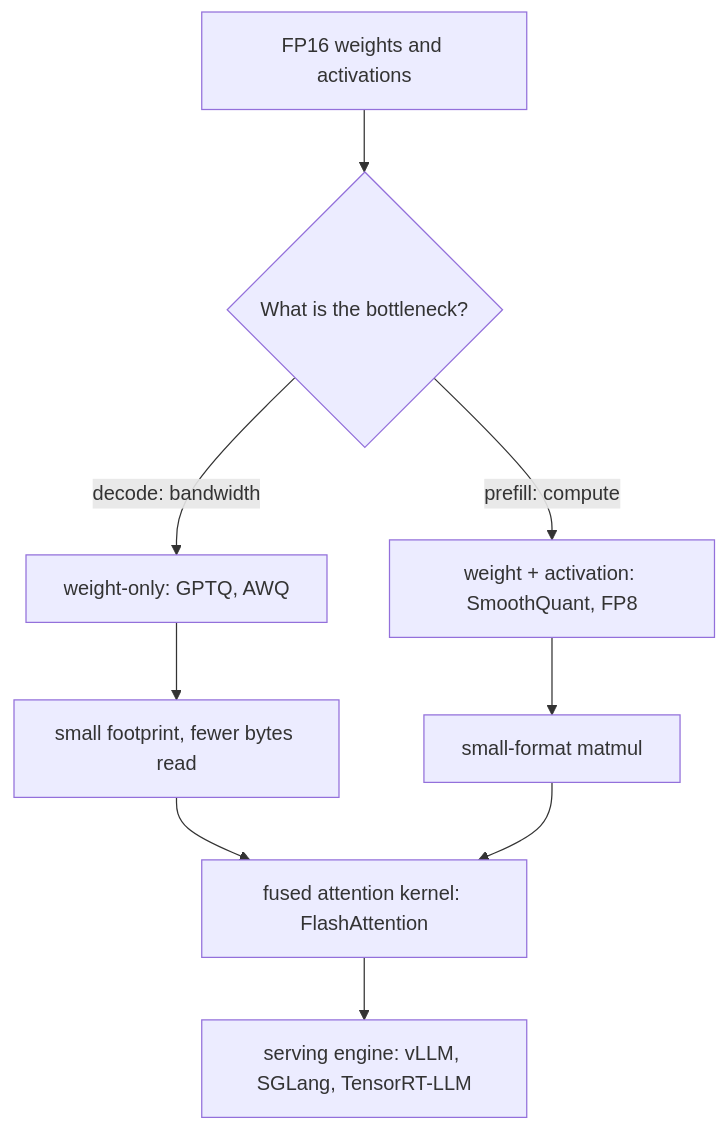
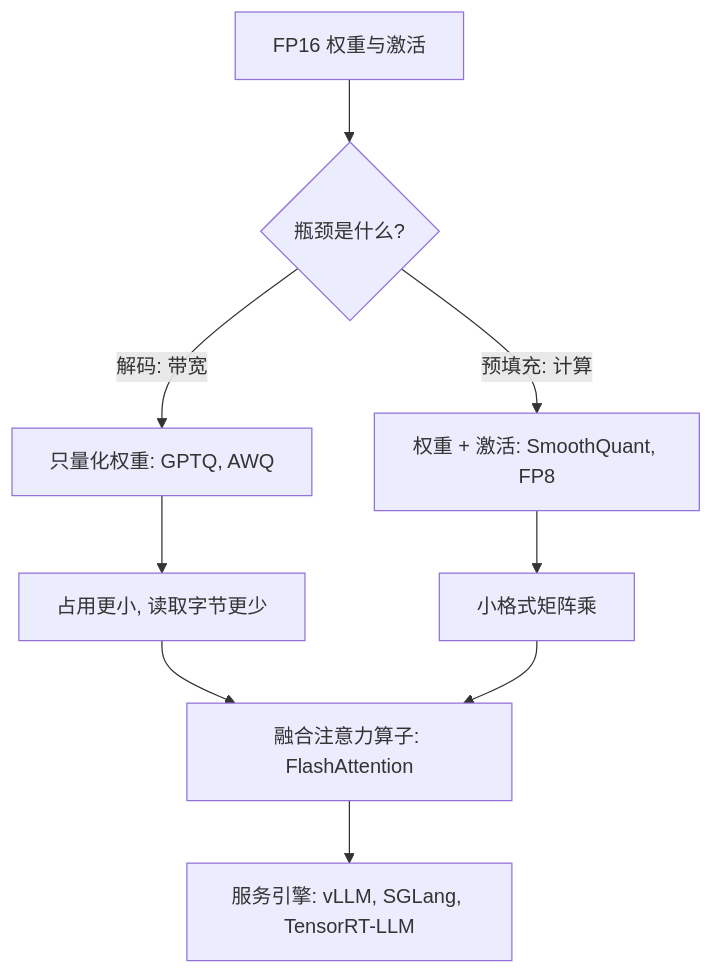
The second of 2 diagrams in zh/p4-inference/19-quantization-kernels.qmd (latere-ai/ai-as-an-infrastructure), drawn with Mermaid before and after one commit. The commit also changed other lines of this file and 73 other files, not shown here.

First line of the commit message:
book: add concept diagrams across all chapters, bilingual

````diff
--- a/zh/p4-inference/19-quantization-kernels.qmd
+++ b/zh/p4-inference/19-quantization-kernels.qmd
@@ -86,11 +111,13 @@
 ```{mermaid}
+%%| label: fig-quantization-kernels-routing
+%%| fig-cap: "服务情形为量化选择做路由，一个融合注意力算子位于两条路径之下，然后才抵达引擎。"
 flowchart TD
-  A["FP16 weights and activations"] --> B{"What is the bottleneck?"}
-  B -->|"decode: bandwidth"| C["weight-only: GPTQ, AWQ"]
-  B -->|"prefill: compute"| D["weight + activation: SmoothQuant, FP8"]
-  C --> E["small footprint, fewer bytes read"]
-  D --> F["small-format matmul"]
-  E --> G["fused attention kernel: FlashAttention"]
+  A["FP16 权重与激活"] --> B{"瓶颈是什么?"}
+  B -->|"解码: 带宽"| C["只量化权重: GPTQ, AWQ"]
+  B -->|"预填充: 计算"| D["权重 + 激活: SmoothQuant, FP8"]
+  C --> E["占用更小, 读取字节更少"]
+  D --> F["小格式矩阵乘"]
+  E --> G["融合注意力算子: FlashAttention"]
   F --> G
-  G --> H["serving engine: vLLM, SGLang, TensorRT-LLM"]
+  G --> H["服务引擎: vLLM, SGLang, TensorRT-LLM"]
 ```
````
